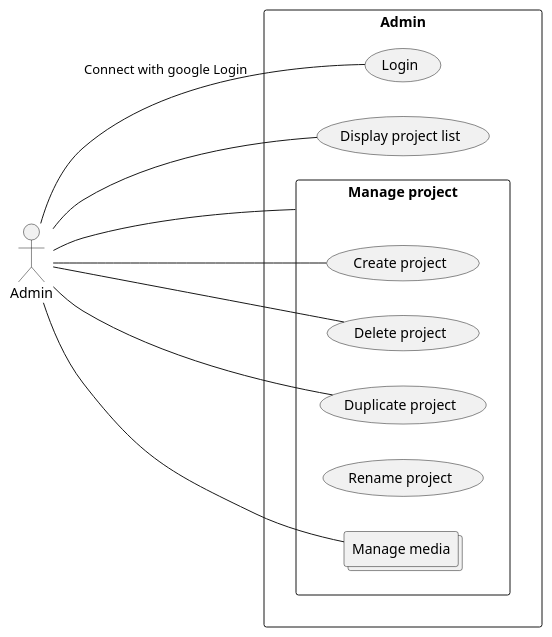
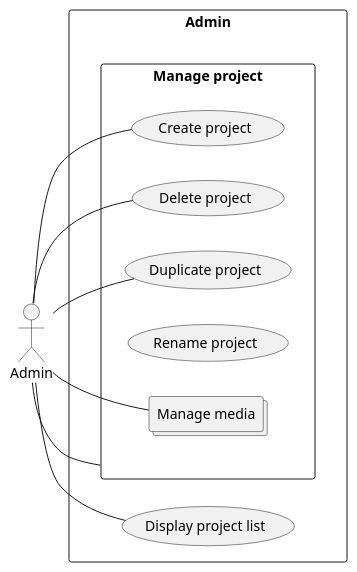
The diagram in docs/usecases diagrams/Admin.puml (HanaeMelehi/makizapp), drawn with PlantUML before and after one commit.

```diff
--- a/docs/usecases diagrams/Admin.puml
+++ b/docs/usecases diagrams/Admin.puml
@@ -1,29 +1,27 @@
 @startuml
 :Admin: as org
 
 left to right direction
 
 Rectangle "Admin" {
-    (Login) as Login
     (Display project list) as listPro
     Rectangle "Manage project" as manageP {
         (Create project) as createPro
         (Delete project) as deletePro
         (Duplicate project) as dupePro
         (Rename project) as renaPro
         Collections "Manage media" as manageM
     }
 }
 
 
 'Includes / extends
 
 ' Liens entre l'utilisateur (org) et les cas d'utilisation dans le package Admin
-org--Login: Connect with google Login
 org--listPro
 org--manageP
 org--createPro
 org--deletePro
 org--dupePro
 org--manageM
 @enduml
```
